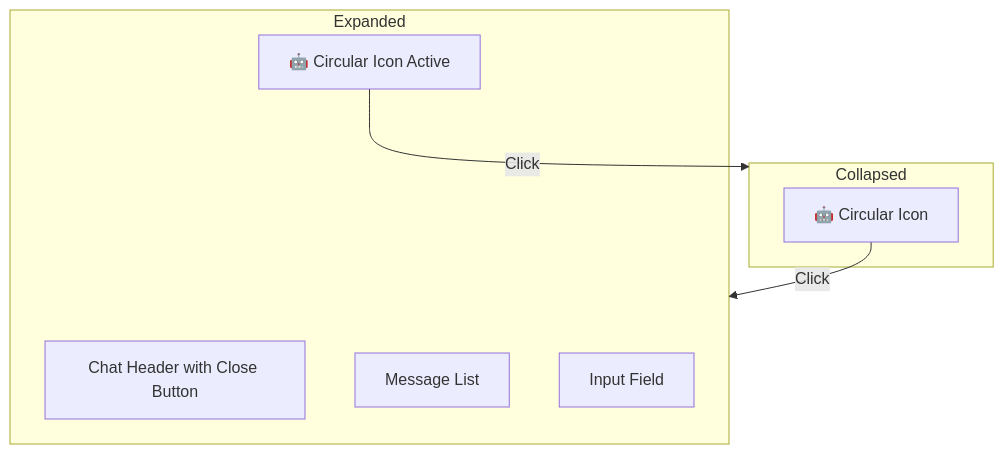
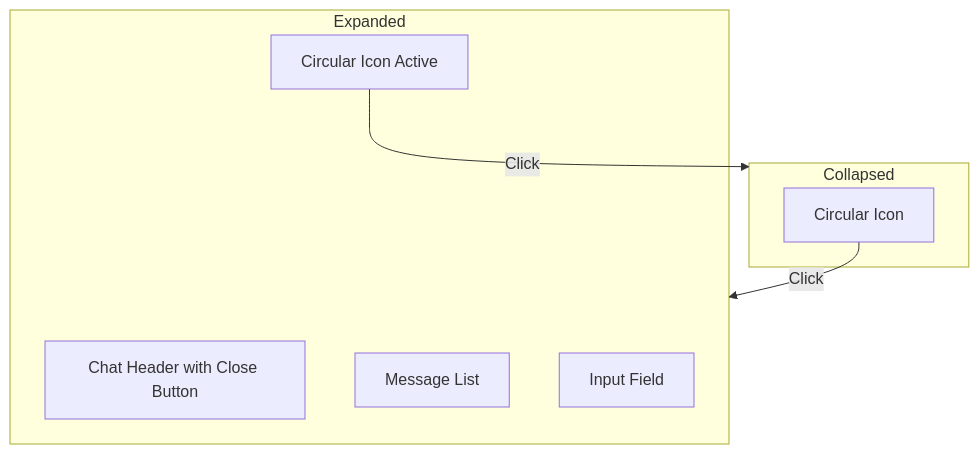
The fourth of 4 diagrams in docs/plan.md (jayvicsanantonio/tracknstick.com), drawn with Mermaid before and after one commit. The commit also changed other lines of this file and 2 other files, not shown here.

````diff
--- a/docs/plan.md
+++ b/docs/plan.md
@@ -248,16 +248,16 @@
 ```mermaid
 flowchart TB
     subgraph Collapsed
-        A[🤖 Circular Icon]
+        A[ Circular Icon]
     end
 
     subgraph Expanded
         B[Chat Header with Close Button]
         C[Message List]
         D[Input Field]
-        E[🤖 Circular Icon Active]
+        E[ Circular Icon Active]
     end
 
     A -->|Click| Expanded
     E -->|Click| Collapsed
 ```
````
